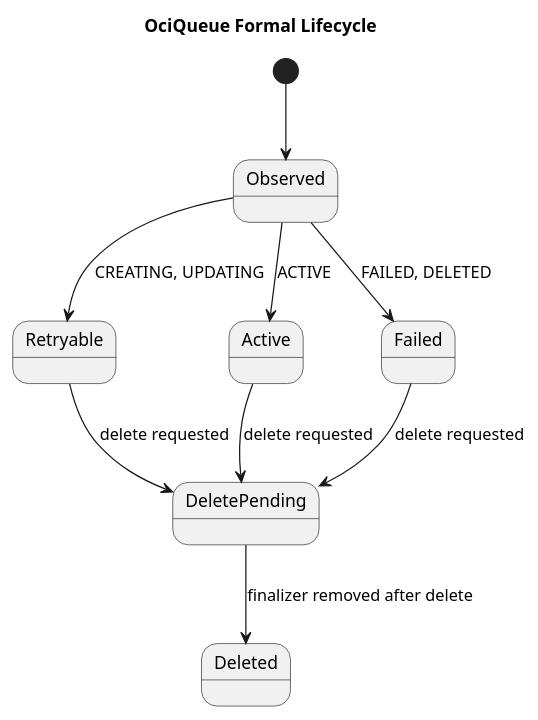
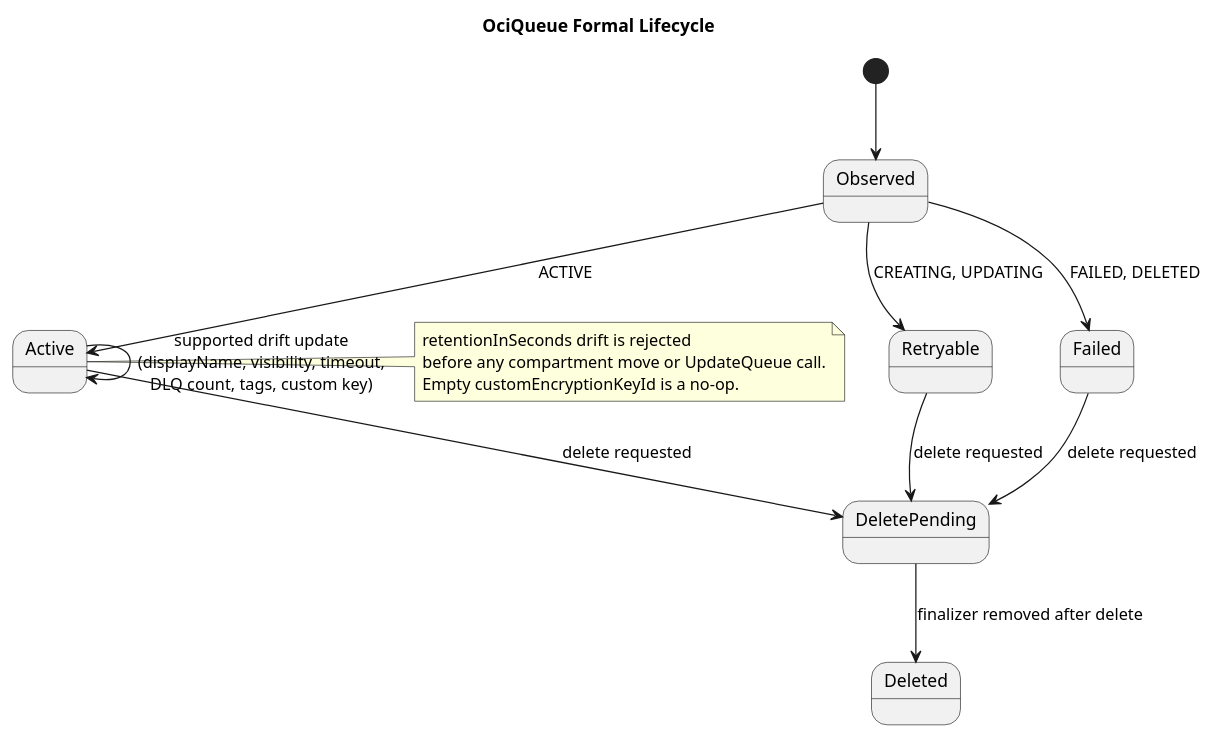
Before and after one commit to donoftime/oci-service-operator: the diagram in formal/controllers/oci-queue/diagrams/lifecycle.puml, drawn with PlantUML. The commit also changed 198 other files, not shown here.

```diff
--- a/formal/controllers/oci-queue/diagrams/lifecycle.puml
+++ b/formal/controllers/oci-queue/diagrams/lifecycle.puml
@@ -1,18 +1,25 @@
 @startuml
 title OciQueue Formal Lifecycle
 
 [*] --> Observed
 Observed --> Retryable : CREATING, UPDATING
 Observed --> Active : ACTIVE
 Observed --> Failed : FAILED, DELETED
+Active --> Active : supported drift update\n(displayName, visibility, timeout,\nDLQ count, tags, custom key)
 Active --> DeletePending : delete requested
 Retryable --> DeletePending : delete requested
 Failed --> DeletePending : delete requested
 DeletePending --> Deleted : finalizer removed after delete
 
 state Retryable
 state Active
 state Failed
 state DeletePending
 state Deleted
+
+note right of Active
+  retentionInSeconds drift is rejected
+  before any compartment move or UpdateQueue call.
+  Empty customEncryptionKeyId is a no-op.
+end note
 @enduml
```
